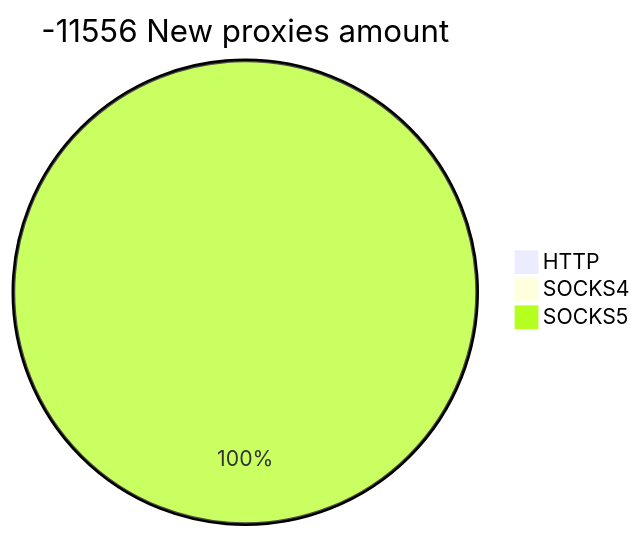
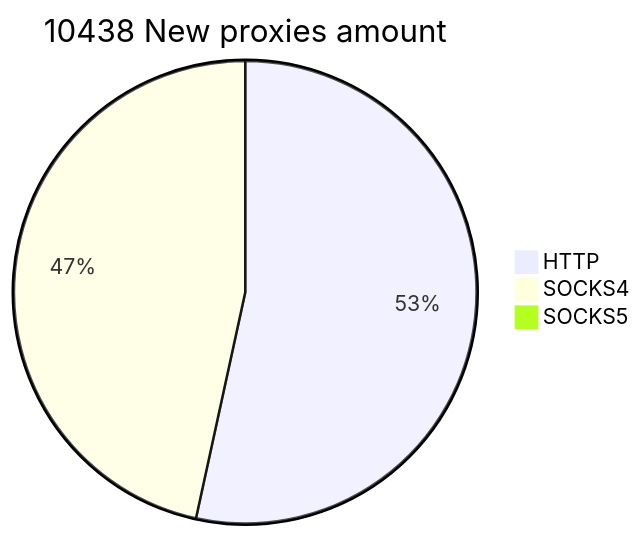
One commit to cutipu/proxylist changed the second of 2 diagrams in README.md. Above: the diagram before and after it, drawn with Mermaid. The commit also changed other lines of this file, not shown here.

````diff
--- a/README.md
+++ b/README.md
@@ -10,6 +10,6 @@
 ```mermaid
-pie title -11556 New proxies amount
-    "HTTP" : 0
-    "SOCKS4" : 0
-    "SOCKS5" : 1
+pie title 10438 New proxies amount
+    "HTTP" : 5675
+    "SOCKS4" : 4949
+    "SOCKS5" : 0
 ```
````
